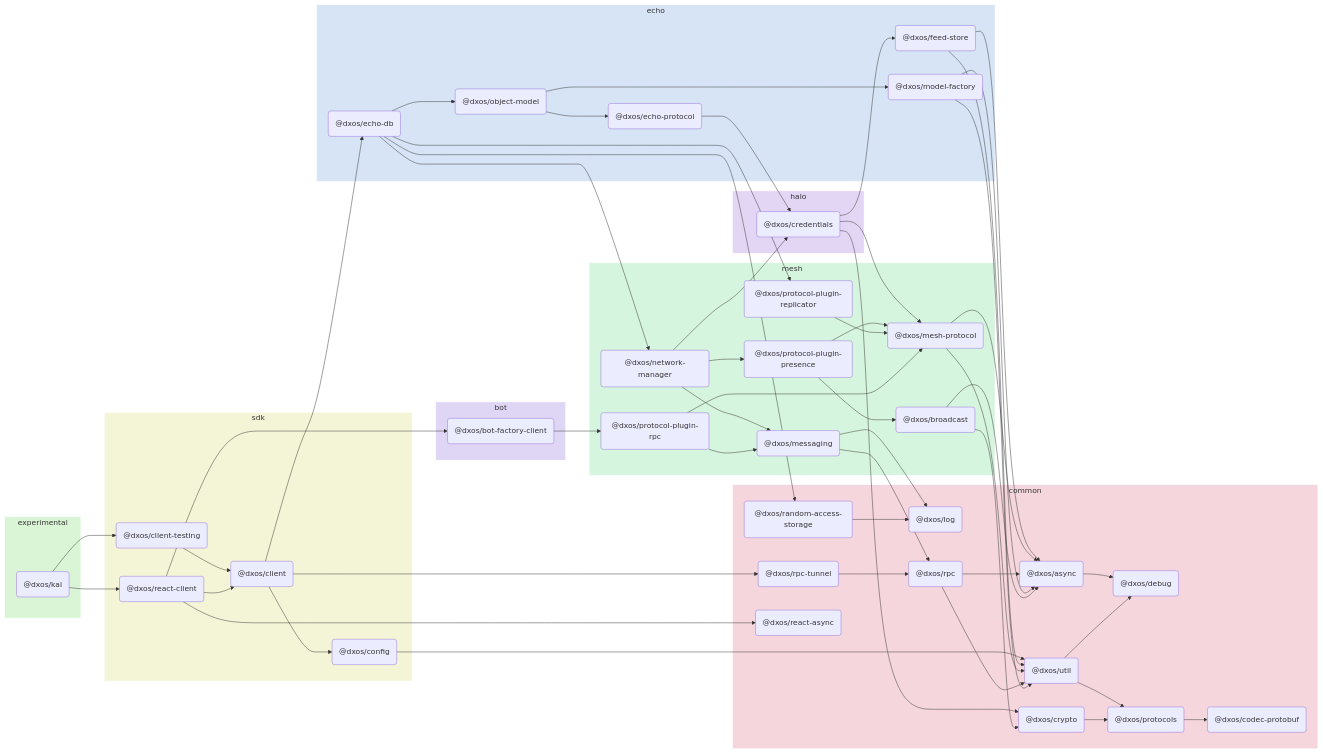
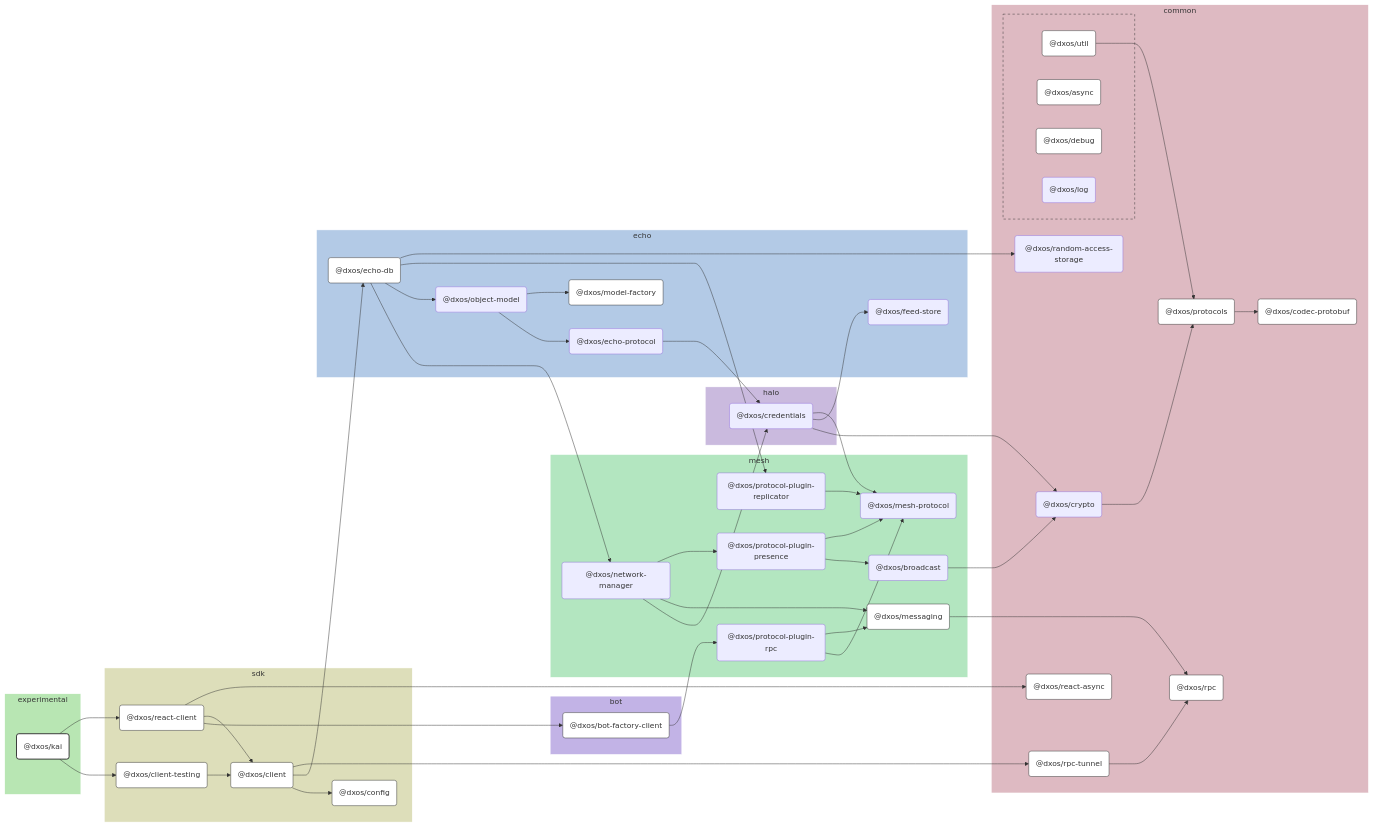
Before and after one commit to dxos/dxos: the diagram in apps/experimental/kai/docs/README.md, drawn with Mermaid. The commit also changed other lines of this file and 109 other files, not shown here.

````diff
--- a/apps/experimental/kai/docs/README.md
+++ b/apps/experimental/kai/docs/README.md
@@ -5,110 +7,155 @@
 ```mermaid
-flowchart LR;
+%%{ init: {'flowchart':{'curve':'basis'}} }%%
 
+flowchart LR
+
+%% Links
+dxos/bot-factory-client --> dxos/protocol-plugin-rpc;
+dxos/broadcast --> dxos/crypto;
+dxos/client --> dxos/config;
+dxos/client --> dxos/echo-db;
+dxos/client --> dxos/rpc-tunnel;
+dxos/client-testing --> dxos/client;
+dxos/credentials --> dxos/crypto;
+dxos/credentials --> dxos/feed-store;
+dxos/credentials --> dxos/mesh-protocol;
+dxos/crypto --> dxos/protocols;
+dxos/echo-db --> dxos/network-manager;
+dxos/echo-db --> dxos/object-model;
+dxos/echo-db --> dxos/protocol-plugin-replicator;
+dxos/echo-db --> dxos/random-access-storage;
+dxos/echo-protocol --> dxos/credentials;
+dxos/kai --> dxos/client-testing;
+dxos/kai --> dxos/react-client;
+dxos/messaging --> dxos/rpc;
+dxos/network-manager --> dxos/credentials;
+dxos/network-manager --> dxos/messaging;
+dxos/network-manager --> dxos/protocol-plugin-presence;
+dxos/object-model --> dxos/echo-protocol;
+dxos/object-model --> dxos/model-factory;
+dxos/protocol-plugin-presence --> dxos/broadcast;
+dxos/protocol-plugin-presence --> dxos/mesh-protocol;
+dxos/protocol-plugin-replicator --> dxos/mesh-protocol;
+dxos/protocol-plugin-rpc --> dxos/mesh-protocol;
+dxos/protocol-plugin-rpc --> dxos/messaging;
+dxos/protocols --> dxos/codec-protobuf;
+dxos/react-client --> dxos/bot-factory-client;
+dxos/react-client --> dxos/client;
+dxos/react-client --> dxos/react-async;
+dxos/rpc-tunnel --> dxos/rpc;
+dxos/util --> dxos/protocols;
+
+%% Sections
 subgraph experimental
-  style experimental fill:#d9f5d6,stroke:#fff;
-  dxos/kai("@dxos/kai");
+  style experimental fill:#b8e6b3,stroke:#fff;
+
+  dxos/kai("@dxos/kai")
 end
 
 subgraph common
-  style common fill:#f5d6dd,stroke:#fff;
-  dxos/async("@dxos/async");
-  dxos/debug("@dxos/debug");
-  dxos/codec-protobuf("@dxos/codec-protobuf");
-  dxos/protocols("@dxos/protocols");
-  dxos/util("@dxos/util");
-  dxos/log("@dxos/log");
-  dxos/crypto("@dxos/crypto");
-  dxos/rpc("@dxos/rpc");
-  dxos/random-access-storage("@dxos/random-access-storage");
-  dxos/rpc-tunnel("@dxos/rpc-tunnel");
-  dxos/react-async("@dxos/react-async");
+  style common fill:#debac2,stroke:#fff;
+
+  dxos/codec-protobuf("@dxos/codec-protobuf")
+  dxos/crypto("@dxos/crypto")
+  dxos/protocols("@dxos/protocols")
+  dxos/random-access-storage("@dxos/random-access-storage")
+  dxos/react-async("@dxos/react-async")
+  dxos/rpc("@dxos/rpc")
+  dxos/rpc-tunnel("@dxos/rpc-tunnel")
+
+  subgraph common-excluded [ ]
+    style common-excluded fill:#debac2,stroke:#333,stroke-dasharray:5 5;
+
+    dxos/async("@dxos/async")
+    dxos/debug("@dxos/debug")
+    dxos/log("@dxos/log")
+    dxos/util("@dxos/util")
+  end
 end
 
 subgraph sdk
-  style sdk fill:#f4f5d6,stroke:#fff;
-  dxos/client("@dxos/client");
-  dxos/config("@dxos/config");
-  dxos/client-testing("@dxos/client-testing");
-  dxos/react-client("@dxos/react-client");
+  style sdk fill:#dddeba,stroke:#fff;
+
+  dxos/client("@dxos/client")
+  dxos/client-testing("@dxos/client-testing")
+  dxos/config("@dxos/config")
+  dxos/react-client("@dxos/react-client")
 end
 
 subgraph echo
-  style echo fill:#d6e4f5,stroke:#fff;
-  dxos/echo-db("@dxos/echo-db");
-  dxos/feed-store("@dxos/feed-store");
-  dxos/echo-protocol("@dxos/echo-protocol");
-  dxos/model-factory("@dxos/model-factory");
-  dxos/object-model("@dxos/object-model");
+  style echo fill:#b3cae6,stroke:#fff;
+
+  dxos/echo-db("@dxos/echo-db")
+  dxos/echo-protocol("@dxos/echo-protocol")
+  dxos/feed-store("@dxos/feed-store")
+  dxos/model-factory("@dxos/model-factory")
+  dxos/object-model("@dxos/object-model")
 end
 
 subgraph halo
-  style halo fill:#e3d6f5,stroke:#fff;
-  dxos/credentials("@dxos/credentials");
+  style halo fill:#cabade,stroke:#fff;
+
+  dxos/credentials("@dxos/credentials")
 end
 
 subgraph mesh
-  style mesh fill:#d6f5de,stroke:#fff;
-  dxos/mesh-protocol("@dxos/mesh-protocol");
-  dxos/messaging("@dxos/messaging");
-  dxos/network-manager("@dxos/network-manager");
-  dxos/protocol-plugin-presence("@dxos/protocol-plugin-presence");
-  dxos/broadcast("@dxos/broadcast");
-  dxos/protocol-plugin-replicator("@dxos/protocol-plugin-replicator");
-  dxos/protocol-plugin-rpc("@dxos/protocol-plugin-rpc");
+  style mesh fill:#b3e6c0,stroke:#fff;
+
+  dxos/broadcast("@dxos/broadcast")
+  dxos/mesh-protocol("@dxos/mesh-protocol")
+  dxos/messaging("@dxos/messaging")
+  dxos/network-manager("@dxos/network-manager")
+  dxos/protocol-plugin-presence("@dxos/protocol-plugin-presence")
+  dxos/protocol-plugin-replicator("@dxos/protocol-plugin-replicator")
+  dxos/protocol-plugin-rpc("@dxos/protocol-plugin-rpc")
 end
 
 subgraph bot
-  style bot fill:#dfd6f5,stroke:#fff;
-  dxos/bot-factory-client("@dxos/bot-factory-client");
+  style bot fill:#c2b3e6,stroke:#fff;
+
+  dxos/bot-factory-client("@dxos/bot-factory-client")
 end
 
-dxos/async --> dxos/debug;
-dxos/client --> dxos/config;
-dxos/protocols --> dxos/codec-protobuf;
-dxos/config --> dxos/util;
-dxos/util --> dxos/debug;
-dxos/util --> dxos/protocols;
-dxos/client --> dxos/echo-db;
-dxos/credentials --> dxos/crypto;
-dxos/crypto --> dxos/protocols;
-dxos/credentials --> dxos/feed-store;
-dxos/feed-store --> dxos/async;
-dxos/feed-store --> dxos/util;
-dxos/credentials --> dxos/mesh-protocol;
-dxos/mesh-protocol --> dxos/async;
-dxos/mesh-protocol --> dxos/util;
-dxos/echo-protocol --> dxos/credentials;
-dxos/messaging --> dxos/log;
-dxos/messaging --> dxos/rpc;
-dxos/rpc --> dxos/async;
-dxos/rpc --> dxos/util;
-dxos/model-factory --> dxos/async;
-dxos/model-factory --> dxos/util;
-dxos/echo-db --> dxos/network-manager;
-dxos/network-manager --> dxos/credentials;
-dxos/network-manager --> dxos/messaging;
-dxos/network-manager --> dxos/protocol-plugin-presence;
-dxos/protocol-plugin-presence --> dxos/broadcast;
-dxos/broadcast --> dxos/async;
-dxos/broadcast --> dxos/crypto;
-dxos/protocol-plugin-presence --> dxos/mesh-protocol;
-dxos/echo-db --> dxos/object-model;
-dxos/object-model --> dxos/echo-protocol;
-dxos/object-model --> dxos/model-factory;
-dxos/echo-db --> dxos/protocol-plugin-replicator;
-dxos/protocol-plugin-replicator --> dxos/mesh-protocol;
-dxos/echo-db --> dxos/random-access-storage;
-dxos/random-access-storage --> dxos/log;
-dxos/client --> dxos/rpc-tunnel;
-dxos/rpc-tunnel --> dxos/rpc;
-dxos/kai --> dxos/client-testing;
-dxos/client-testing --> dxos/client;
-dxos/kai --> dxos/react-client;
-dxos/react-client --> dxos/bot-factory-client;
-dxos/bot-factory-client --> dxos/protocol-plugin-rpc;
-dxos/protocol-plugin-rpc --> dxos/messaging;
-dxos/protocol-plugin-rpc --> dxos/mesh-protocol;
-dxos/react-client --> dxos/client;
-dxos/react-client --> dxos/react-async;
+
+%% Hyperlinks
+click dxos/async href "https:/github.com/dxos/dxos/tree/main/packages/common/async/docs";
+click dxos/bot-factory-client href "https:/github.com/dxos/dxos/tree/main/packages/bot/bot-factory-client/docs";
+click dxos/client href "https:/github.com/dxos/dxos/tree/main/packages/sdk/client/docs";
+click dxos/client-testing href "https:/github.com/dxos/dxos/tree/main/packages/sdk/client-testing/docs";
+click dxos/codec-protobuf href "https:/github.com/dxos/dxos/tree/main/packages/common/codec-protobuf/docs";
+click dxos/config href "https:/github.com/dxos/dxos/tree/main/packages/sdk/config/docs";
+click dxos/debug href "https:/github.com/dxos/dxos/tree/main/packages/common/debug/docs";
+click dxos/echo-db href "https:/github.com/dxos/dxos/tree/main/packages/echo/echo-db/docs";
+click dxos/messaging href "https:/github.com/dxos/dxos/tree/main/packages/mesh/messaging/docs";
+click dxos/model-factory href "https:/github.com/dxos/dxos/tree/main/packages/echo/model-factory/docs";
+click dxos/protocols href "https:/github.com/dxos/dxos/tree/main/packages/common/protocols/docs";
+click dxos/react-async href "https:/github.com/dxos/dxos/tree/main/packages/common/react-async/docs";
+click dxos/react-client href "https:/github.com/dxos/dxos/tree/main/packages/sdk/react-client/docs";
+click dxos/rpc href "https:/github.com/dxos/dxos/tree/main/packages/common/rpc/docs";
+click dxos/rpc-tunnel href "https:/github.com/dxos/dxos/tree/main/packages/common/rpc-tunnel/docs";
+click dxos/util href "https:/github.com/dxos/dxos/tree/main/packages/common/util/docs";
+
+%% Styles
+classDef rootNode fill:#fff,stroke:#333,stroke-width:2px
+classDef defaultNode fill:#fff,stroke:#333,stroke-width:1px
+linkStyle default stroke:#333,stroke-width:1px
+
+dxos/kai:::rootNode
+
+dxos/async:::defaultNode
+dxos/bot-factory-client:::defaultNode
+dxos/client:::defaultNode
+dxos/client-testing:::defaultNode
+dxos/codec-protobuf:::defaultNode
+dxos/config:::defaultNode
+dxos/debug:::defaultNode
+dxos/echo-db:::defaultNode
+dxos/messaging:::defaultNode
+dxos/model-factory:::defaultNode
+dxos/protocols:::defaultNode
+dxos/react-async:::defaultNode
+dxos/react-client:::defaultNode
+dxos/rpc:::defaultNode
+dxos/rpc-tunnel:::defaultNode
+dxos/util:::defaultNode
 ```
````
